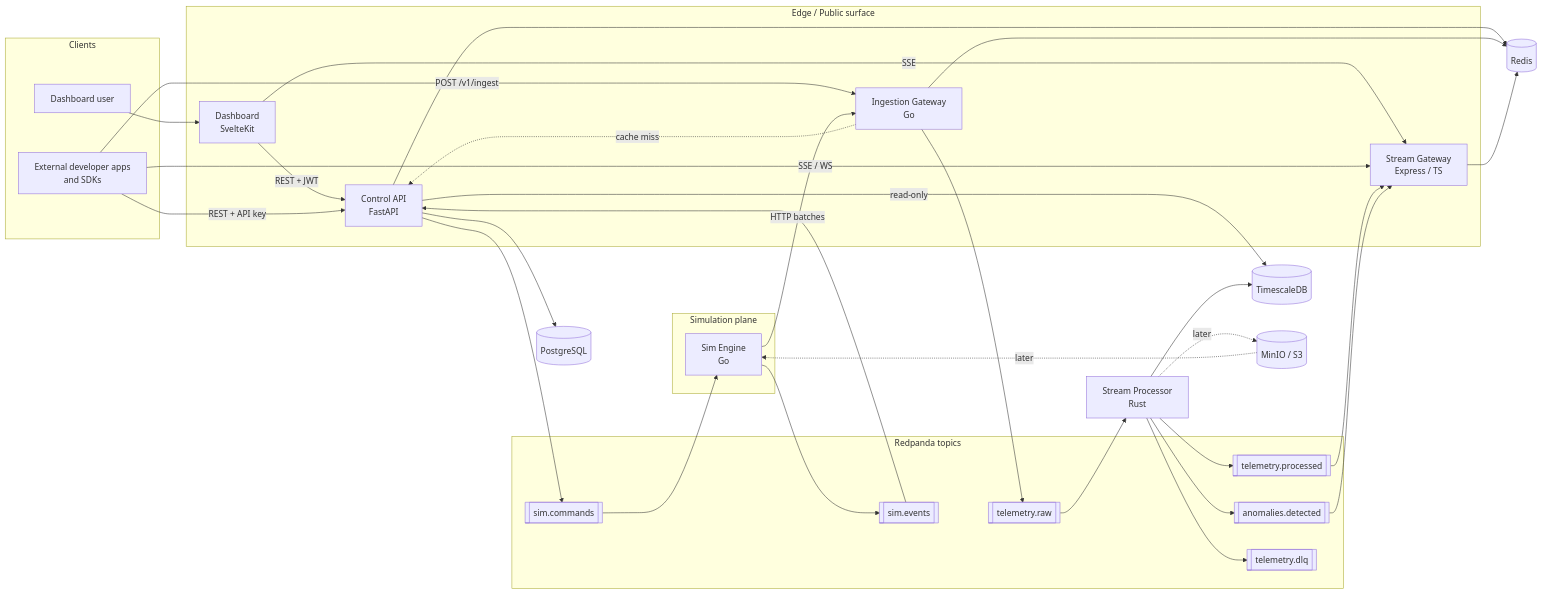
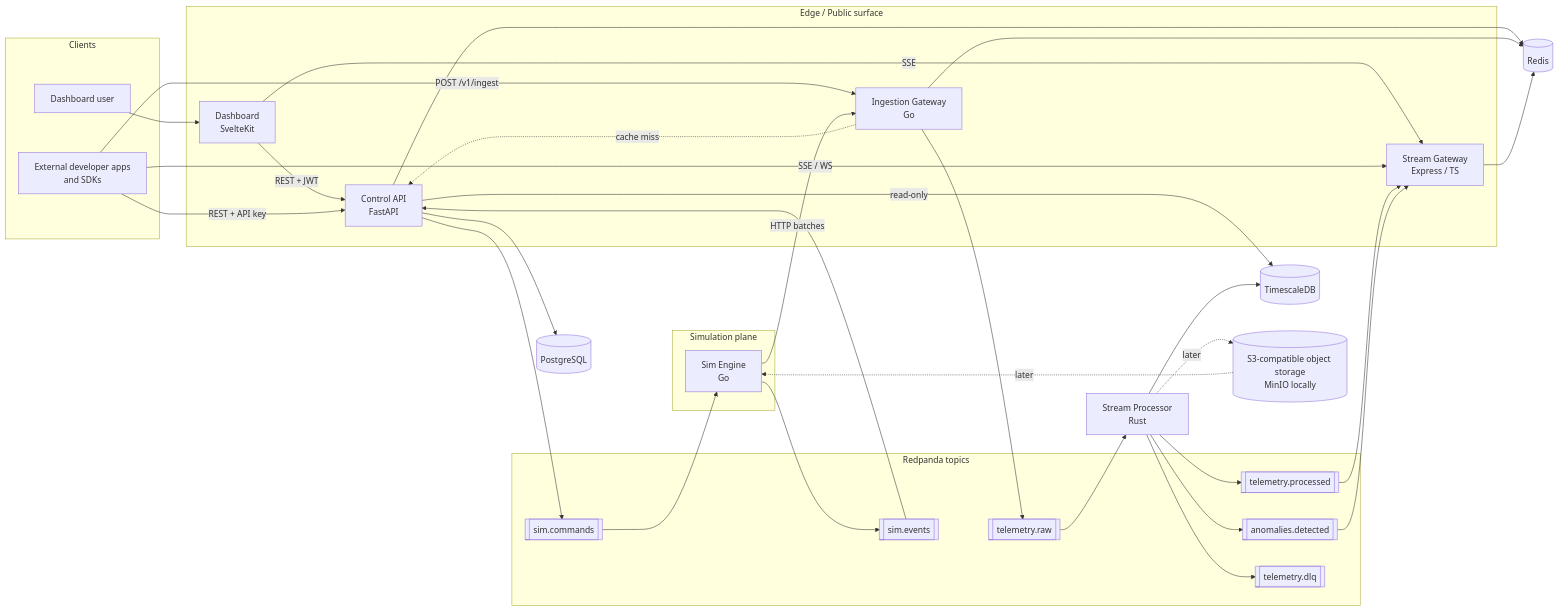
The diagram in docs/architecture.md (michaelmoses-op/Mimicron), drawn with Mermaid before and after one commit. The commit also changed other lines of this file and 26 other files, not shown here.

First line of the commit message:
Document and wire cloud-neutral S3-compatible object storage.

````diff
--- a/docs/architecture.md
+++ b/docs/architecture.md
@@ -11,56 +11,56 @@
 ```mermaid
 flowchart LR
   subgraph Clients
     USER["Dashboard user"]
     DEV["External developer apps<br/>and SDKs"]
   end
   subgraph Edge["Edge / Public surface"]
     DASH["Dashboard<br/>SvelteKit"]
     API["Control API<br/>FastAPI"]
     ING["Ingestion Gateway<br/>Go"]
     SG["Stream Gateway<br/>Express / TS"]
   end
   subgraph Sim["Simulation plane"]
     SIM["Sim Engine<br/>Go"]
   end
   subgraph Bus["Redpanda topics"]
     T1[["sim.commands"]]
     T2[["sim.events"]]
     T3[["telemetry.raw"]]
     T4[["telemetry.processed"]]
     T5[["anomalies.detected"]]
     T6[["telemetry.dlq"]]
   end
   SP["Stream Processor<br/>Rust"]
   PG[("PostgreSQL")]
   TS[("TimescaleDB")]
   RD[("Redis")]
-  S3[("MinIO / S3")]
+  OBJ[("S3-compatible object storage<br/>MinIO locally")]
   USER --> DASH
   DASH -->|"REST + JWT"| API
   DASH -->|"SSE"| SG
   DEV -->|"REST + API key"| API
   DEV -->|"POST /v1/ingest"| ING
   DEV -->|"SSE / WS"| SG
   API --> PG
   API -->|"read-only"| TS
   API --> RD
   API --> T1
   T1 --> SIM
   SIM --> T2
   T2 --> API
   SIM -->|"HTTP batches"| ING
   ING --> RD
   ING -.->|"cache miss"| API
   ING --> T3
   T3 --> SP
   SP --> TS
   SP --> T4
   SP --> T5
   SP --> T6
   T4 --> SG
   T5 --> SG
   SG --> RD
-  SP -.->|"later"| S3
-  S3 -.->|"later"| SIM
+  SP -.->|"later"| OBJ
+  OBJ -.->|"later"| SIM
 ```
````
